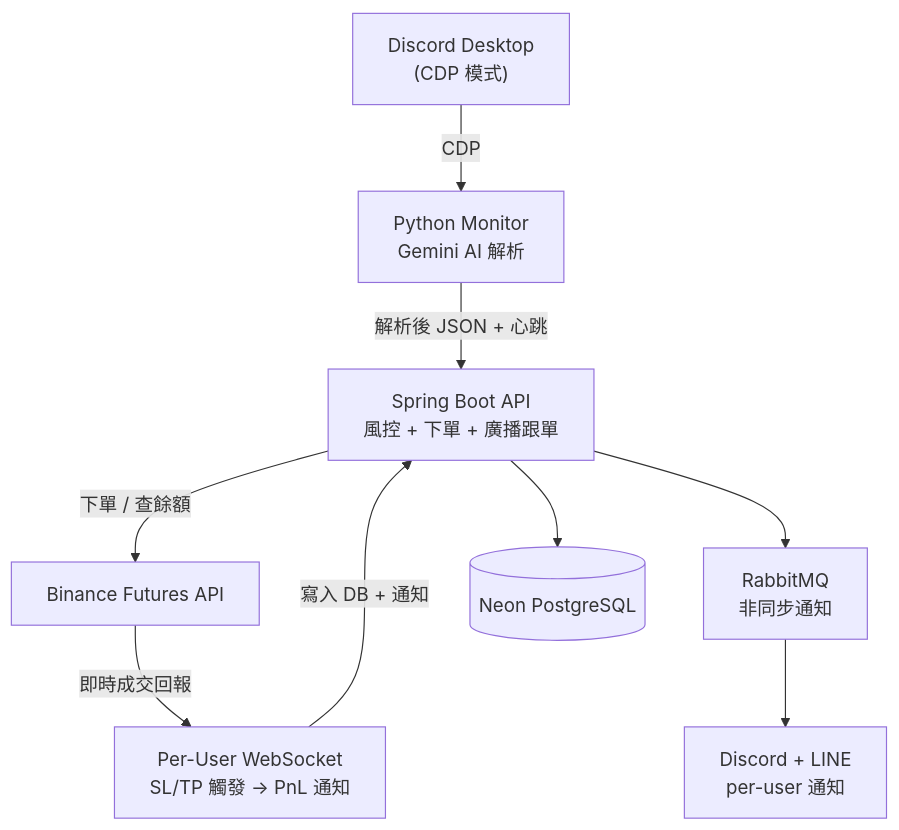
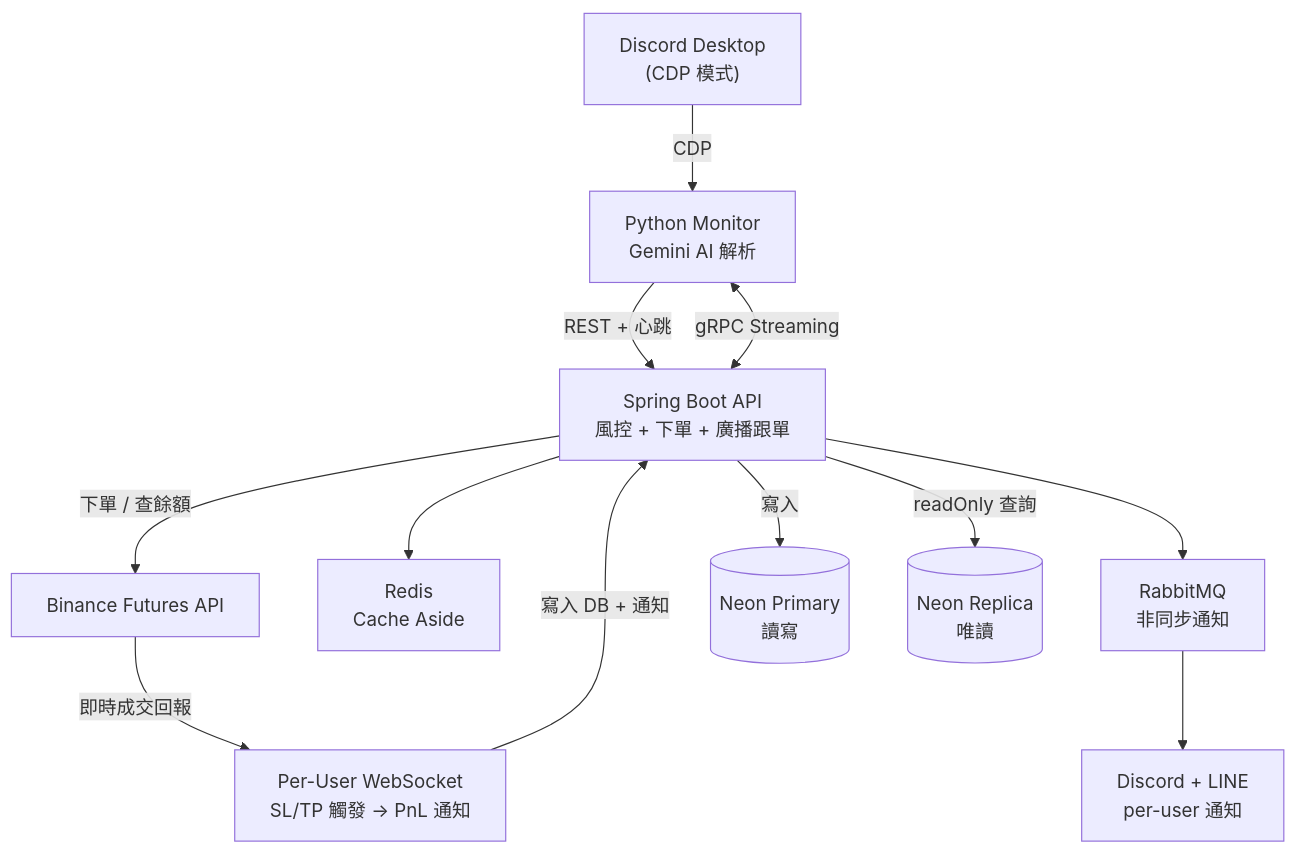
Before and after one commit to justinhsu1477/crypto-signal-trader: the first of 2 diagrams in README.md, drawn with Mermaid. The commit also changed other lines of this file, not shown here.

Commit message:
feat: Update README with Redis and Read Replica details + enhance architecture diagram

````diff
--- a/README.md
+++ b/README.md
@@ -11,19 +11,24 @@
 ```mermaid
 graph TD
     Discord["Discord Desktop<br/>(CDP 模式)"]
     Monitor["Python Monitor<br/>Gemini AI 解析"]
     API["Spring Boot API<br/>風控 + 下單 + 廣播跟單"]
     RMQ["RabbitMQ<br/>非同步通知"]
+    Redis["Redis<br/>Cache Aside"]
     Binance["Binance Futures API"]
     WS["Per-User WebSocket<br/>SL/TP 觸發 → PnL 通知"]
-    DB[("Neon PostgreSQL")]
+    Primary[("Neon Primary<br/>讀寫")]
+    Replica[("Neon Replica<br/>唯讀")]
     Notify["Discord + LINE<br/>per-user 通知"]
 
     Discord -->|"CDP"| Monitor
-    Monitor -->|"解析後 JSON + 心跳"| API
+    Monitor -->|"REST + 心跳"| API
+    API <-->|"gRPC Streaming"| Monitor
     API -->|"下單 / 查餘額"| Binance
     Binance -->|"即時成交回報"| WS
     WS -->|"寫入 DB + 通知"| API
-    API --> DB
+    API -->|"寫入"| Primary
+    API -->|"readOnly 查詢"| Replica
+    API --> Redis
     API --> RMQ --> Notify
 ```
````
